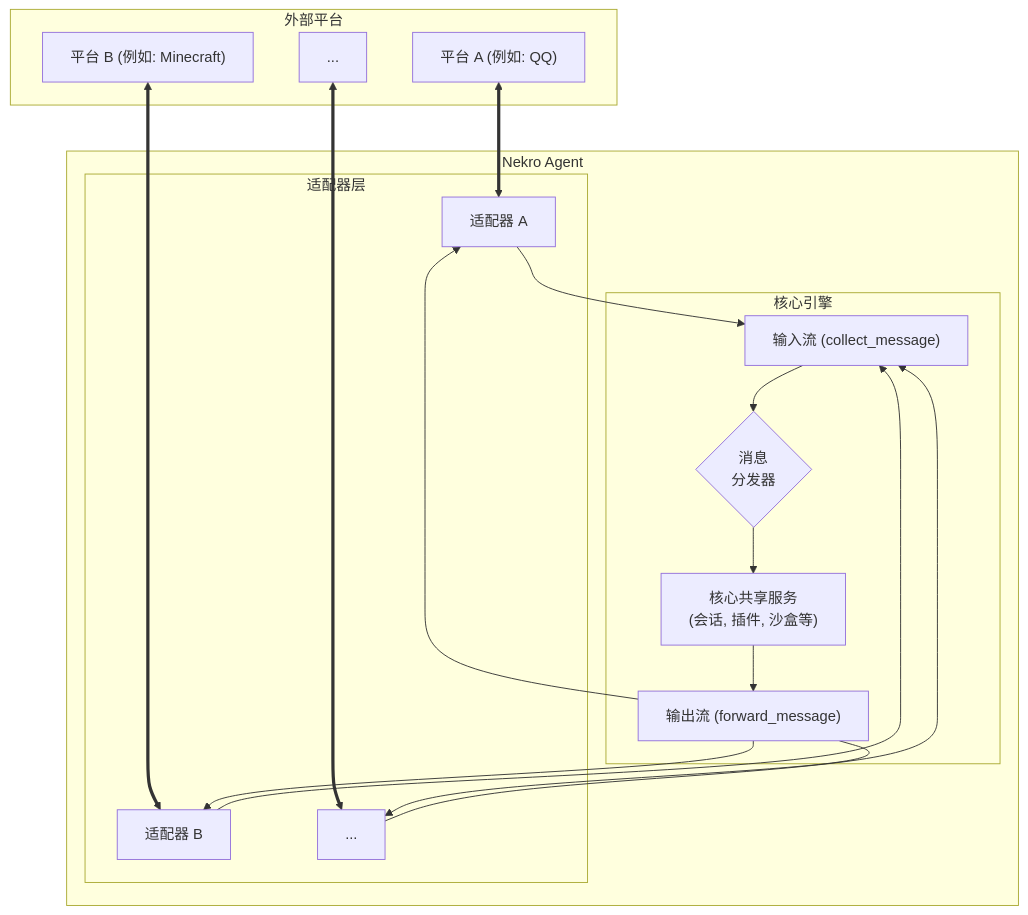
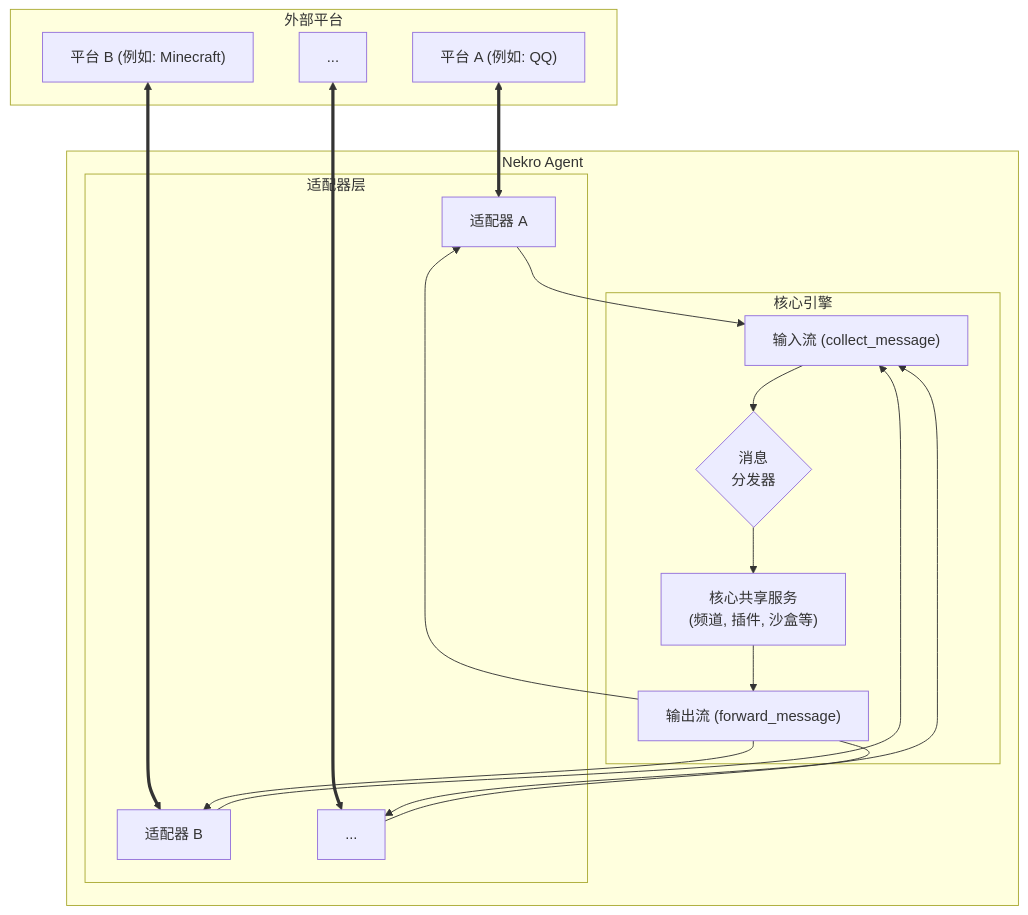
One commit to KroMiose/nekro-agent changed the diagram in README.md. Above: the diagram before and after it, drawn with Mermaid. The commit also changed other lines of this file and 51 other files, not shown here.

````diff
--- a/README.md
+++ b/README.md
@@ -69,34 +69,34 @@
 ```mermaid
 graph TD
     subgraph 外部平台
         P1["平台 A (例如: QQ)"]
         P2["平台 B (例如: Minecraft)"]
         P3[...]
     end
 
     subgraph Nekro Agent
         subgraph 适配器层
             A1["适配器 A"]
             A2["适配器 B"]
             A3[...]
         end
 
         subgraph 核心引擎
             Input["输入流 (collect_message)"] --> Dispatcher
-            Dispatcher{"消息<br>分发器"} --> Services["核心共享服务<br>(会话, 插件, 沙盒等)"]
+            Dispatcher{"消息<br>分发器"} --> Services["核心共享服务<br>(频道, 插件, 沙盒等)"]
             Services --> Output["输出流 (forward_message)"]
         end
     end
 
     P1 <==> A1
     P2 <==> A2
     P3 <==> A3
 
     A1 --> Input
     A2 --> Input
     A3 --> Input
 
     Output --> A1
     Output --> A2
     Output --> A3
 ```
````
